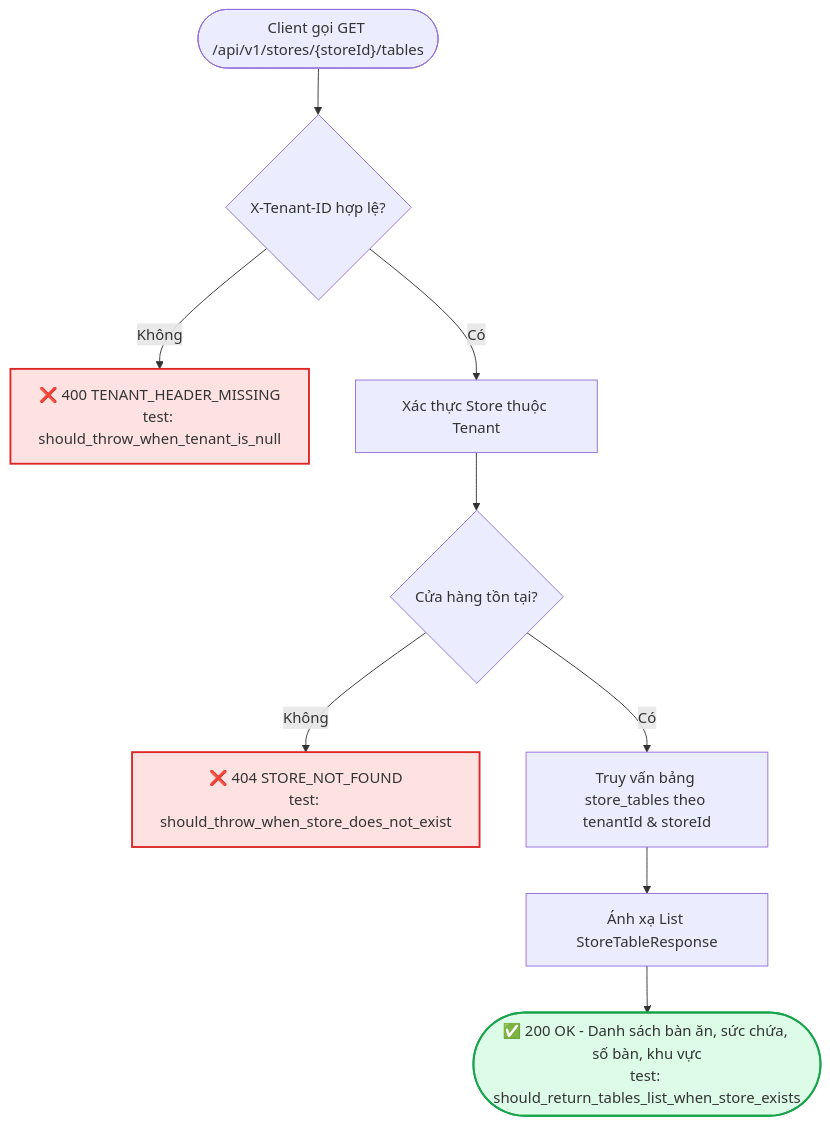
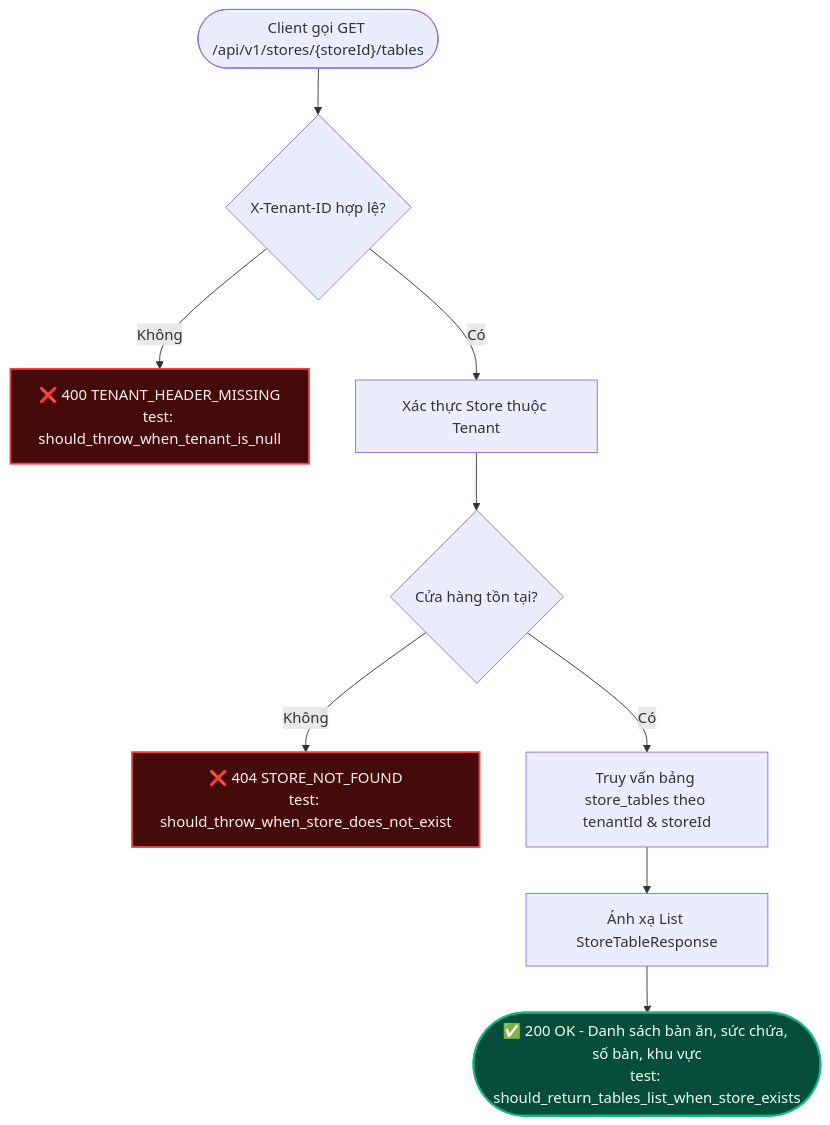
Before and after one commit to daoductam/ordera-platform: the eighth of 17 diagrams in docs/plans/tenant-store/business-test-flows.md, drawn with Mermaid. The commit also changed other lines of this file, not shown here.

First line of the commit message:
develop: fix mermaid flowchart text contrast for dark theme

````diff
--- a/docs/plans/tenant-store/business-test-flows.md
+++ b/docs/plans/tenant-store/business-test-flows.md
@@ -241,16 +241,16 @@
 ```mermaid
 flowchart TD
     Start(["Client gọi GET /api/v1/stores/{storeId}/tables"]) --> CheckTenant{"X-Tenant-ID hợp lệ?"}
     CheckTenant -- Không --> ErrHdr["❌ 400 TENANT_HEADER_MISSING<br>test: should_throw_when_tenant_is_null"]
     CheckTenant -- Có --> CheckStore["Xác thực Store thuộc Tenant"]
     CheckStore --> StoreOK{"Cửa hàng tồn tại?"}
     StoreOK -- Không --> ErrStore["❌ 404 STORE_NOT_FOUND<br>test: should_throw_when_store_does_not_exist"]
     StoreOK -- Có --> QueryTables["Truy vấn bảng store_tables theo tenantId & storeId"]
     QueryTables --> MapTables["Ánh xạ List StoreTableResponse"]
     MapTables --> Success(["✅ 200 OK - Danh sách bàn ăn, sức chứa, số bàn, khu vực<br>test: should_return_tables_list_when_store_exists"])
 
-    classDef ok fill:#dcfce7,stroke:#16a34a,stroke-width:2px;
-    classDef fail fill:#fee2e2,stroke:#dc2626,stroke-width:2px;
+    classDef ok fill:#064e3b,stroke:#10b981,stroke-width:2px,color:#ecfdf5;
+    classDef fail fill:#450a0a,stroke:#ef4444,stroke-width:2px,color:#fef2f2;
     class Success ok;
     class ErrHdr,ErrStore fail;
 ```
````
